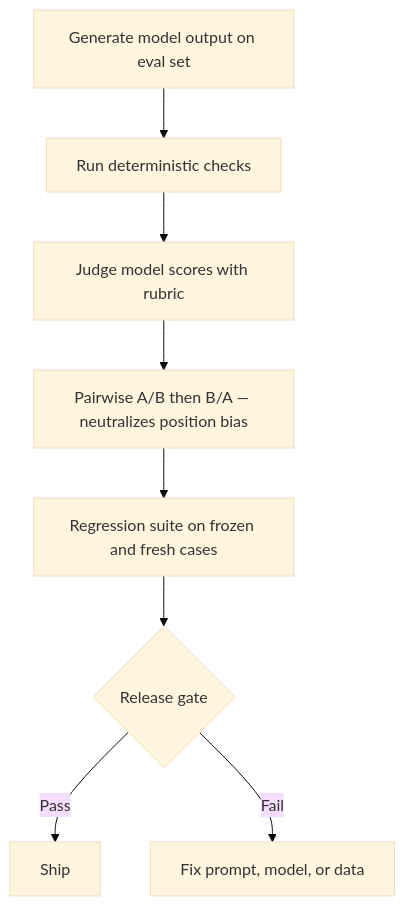
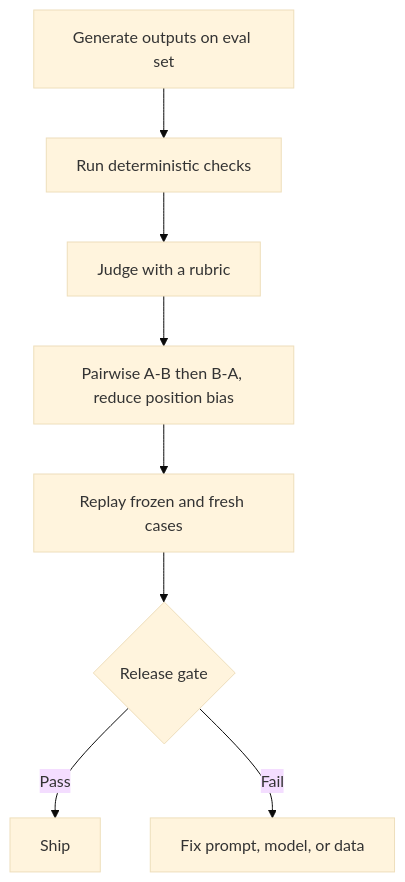
One commit to grasdouble/sebastien-lemouillour.fr changed the diagram in packages/parcels/learn/src/data/content/ia-llm/understanding-llms/automated-llm-evaluation.en.md. Above: the diagram before and after it, drawn with Mermaid (base theme). The commit also changed other lines of this file and 25 other files, not shown here.

````diff
--- a/packages/parcels/learn/src/data/content/ia-llm/understanding-llms/automated-llm-evaluation.en.md
+++ b/packages/parcels/learn/src/data/content/ia-llm/understanding-llms/automated-llm-evaluation.en.md
@@ -14,10 +14,10 @@
 ```mermaid
 flowchart TD
-  A[Generate model output on eval set] --> B[Run deterministic checks]
-  B --> C[Judge model scores with rubric]
-  C --> D[Pairwise A/B then B/A — neutralizes position bias]
-  D --> E[Regression suite on frozen and fresh cases]
+  A[Generate outputs on eval set] --> B[Run deterministic checks]
+  B --> C[Judge with a rubric]
+  C --> D[Pairwise A-B then B-A, reduce position bias]
+  D --> E[Replay frozen and fresh cases]
   E --> F{Release gate}
   F -->|Pass| G[Ship]
   F -->|Fail| H[Fix prompt, model, or data]
 ```
````
